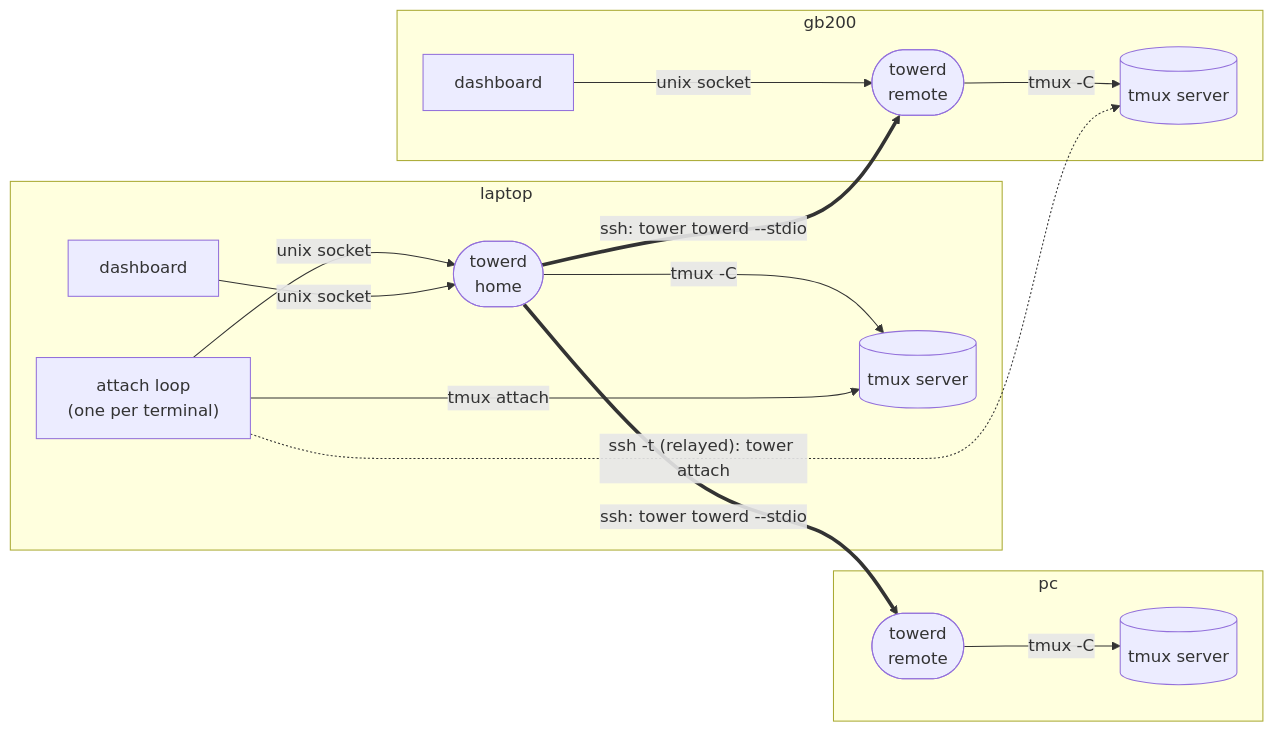
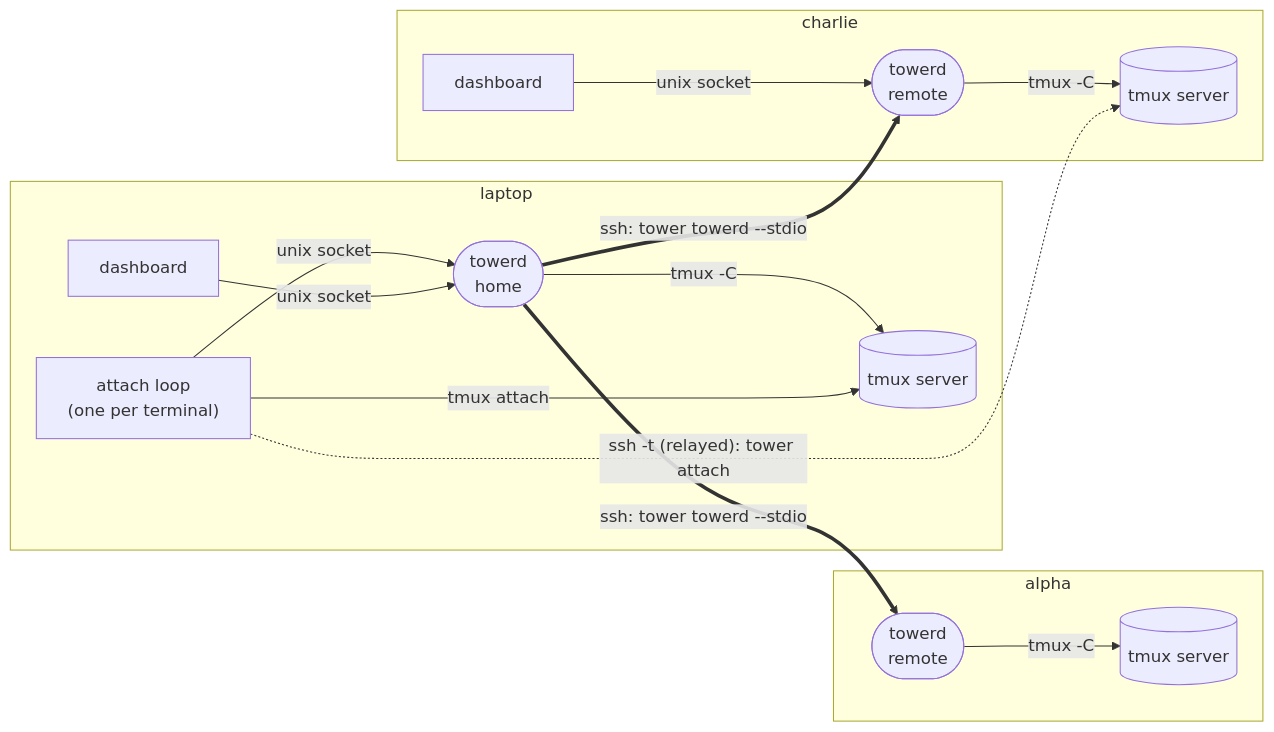
One commit to jerrykal/tower changed the diagram in docs/overview.md. Above: the diagram before and after it, drawn with Mermaid. The commit also changed other lines of this file and 14 other files, not shown here.

````diff
--- a/docs/overview.md
+++ b/docs/overview.md
@@ -118,28 +118,28 @@
 ```mermaid
 flowchart LR
     subgraph laptop["laptop"]
         loop["attach loop<br/>(one per terminal)"]
         dashL["dashboard"]
         home(["towerd<br/>home"])
         tmuxL[("tmux server")]
         loop -- "unix socket" --> home
         dashL -- "unix socket" --> home
         home -- "tmux -C" --> tmuxL
         loop -- "tmux attach" --> tmuxL
     end
-    subgraph gb200["gb200"]
+    subgraph charlie["charlie"]
         remA(["towerd<br/>remote"])
         tmuxA[("tmux server")]
         dashA["dashboard"]
         remA -- "tmux -C" --> tmuxA
         dashA -- "unix socket" --> remA
     end
-    subgraph pc["pc"]
+    subgraph alpha["alpha"]
         remB(["towerd<br/>remote"])
         tmuxB[("tmux server")]
         remB -- "tmux -C" --> tmuxB
     end
     home == "ssh: tower towerd --stdio" ==> remA
     home == "ssh: tower towerd --stdio" ==> remB
     loop -. "ssh -t (relayed): tower attach" .-> tmuxA
 ```
````
